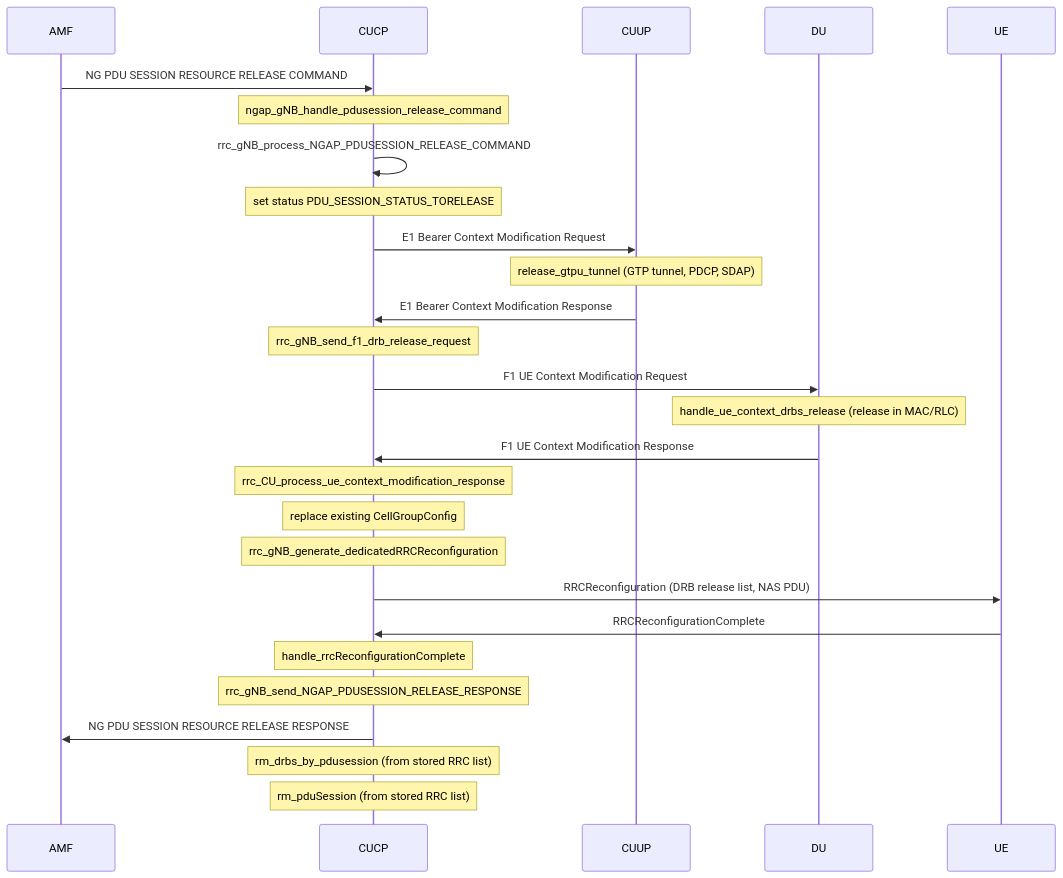
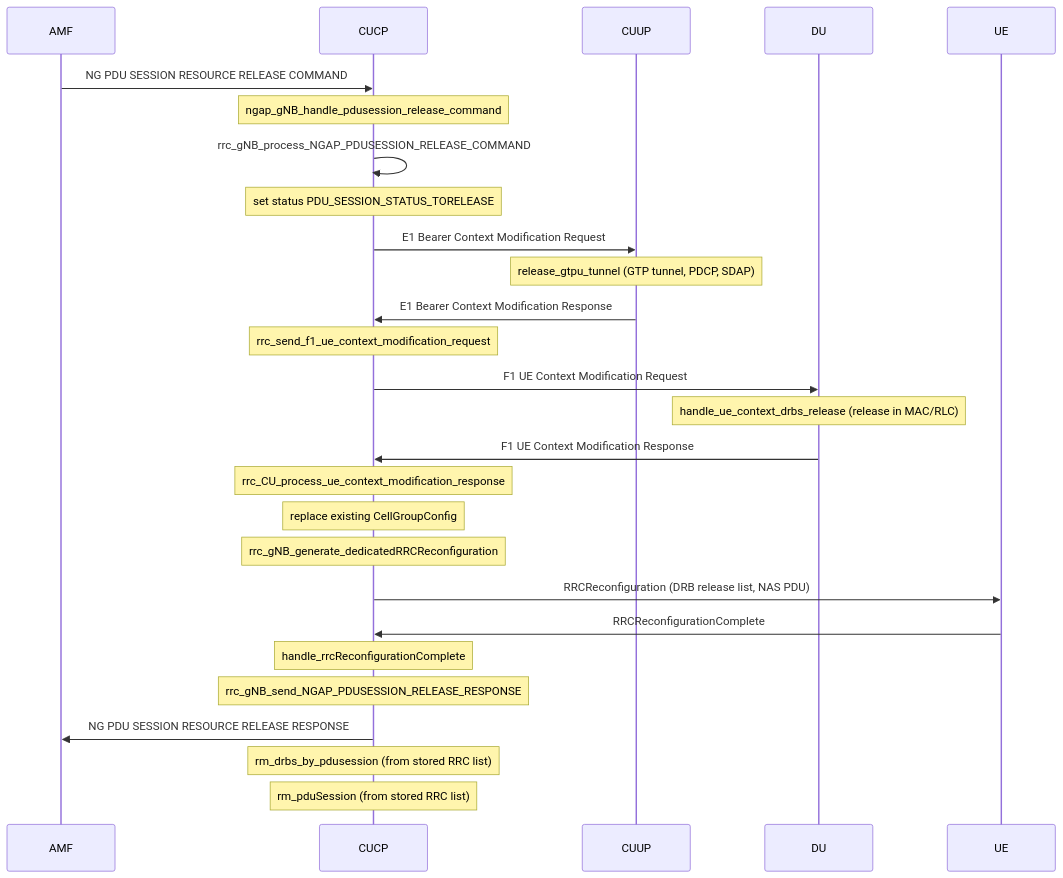
The second of 2 diagrams in doc/E1AP/e1ap_procedures.md (HarshaUndodi/Handover-simulation-networking-), drawn with Mermaid before and after one commit. The commit also changed 2 other files, not shown here.

````diff
--- a/doc/E1AP/e1ap_procedures.md
+++ b/doc/E1AP/e1ap_procedures.md
@@ -71,30 +71,30 @@
 ```mermaid
 sequenceDiagram
     participant AMF
     participant CUCP
     participant CUUP
     participant DU
     participant UE
 
     AMF->>CUCP: NG PDU SESSION RESOURCE RELEASE COMMAND
     Note over CUCP: ngap_gNB_handle_pdusession_release_command
     CUCP->>CUCP: rrc_gNB_process_NGAP_PDUSESSION_RELEASE_COMMAND
     Note over CUCP: set status PDU_SESSION_STATUS_TORELEASE
     CUCP->>CUUP: E1 Bearer Context Modification Request
     Note over CUUP: release_gtpu_tunnel (GTP tunnel, PDCP, SDAP)
     CUUP->>CUCP: E1 Bearer Context Modification Response
-    Note over CUCP: rrc_gNB_send_f1_drb_release_request
+    Note over CUCP: rrc_send_f1_ue_context_modification_request
     CUCP->>DU: F1 UE Context Modification Request
     Note over DU: handle_ue_context_drbs_release (release in MAC/RLC)
     DU->>CUCP: F1 UE Context Modification Response
     Note over CUCP: rrc_CU_process_ue_context_modification_response
     Note over CUCP: replace existing CellGroupConfig
     Note over CUCP: rrc_gNB_generate_dedicatedRRCReconfiguration
     CUCP->>UE: RRCReconfiguration (DRB release list, NAS PDU)
     UE->>CUCP: RRCReconfigurationComplete
     Note over CUCP: handle_rrcReconfigurationComplete
     Note over CUCP: rrc_gNB_send_NGAP_PDUSESSION_RELEASE_RESPONSE
     CUCP->>AMF: NG PDU SESSION RESOURCE RELEASE RESPONSE
     Note over CUCP: rm_drbs_by_pdusession (from stored RRC list)
     Note over CUCP: rm_pduSession (from stored RRC list)
 ```
````
